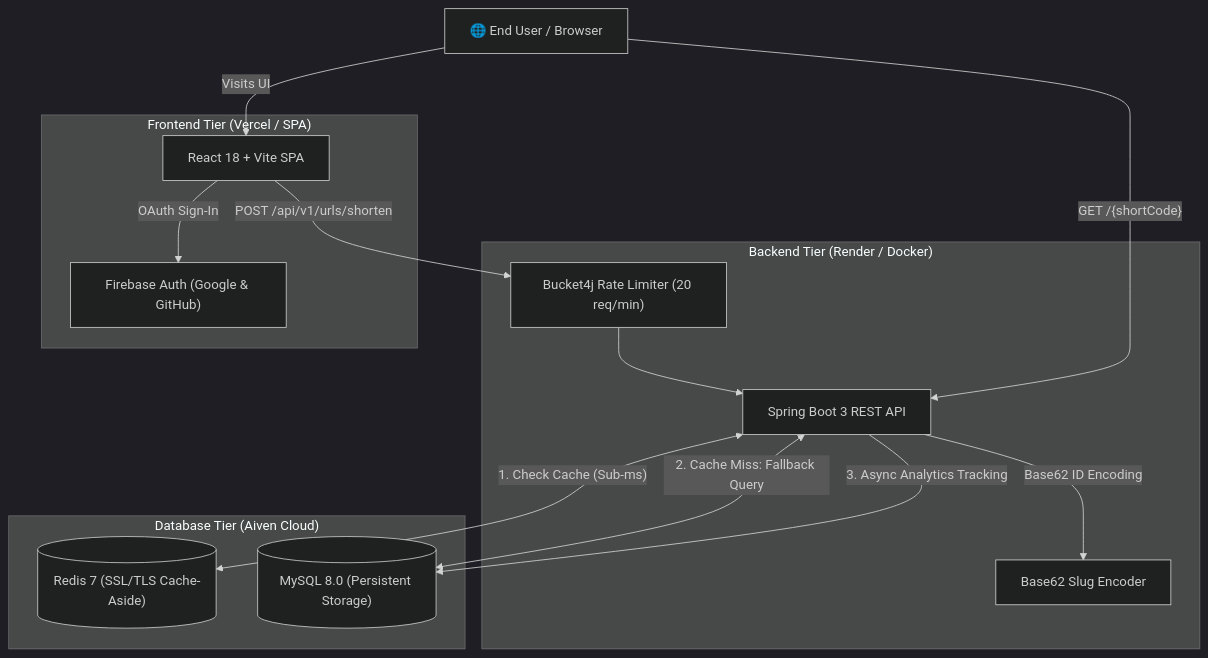
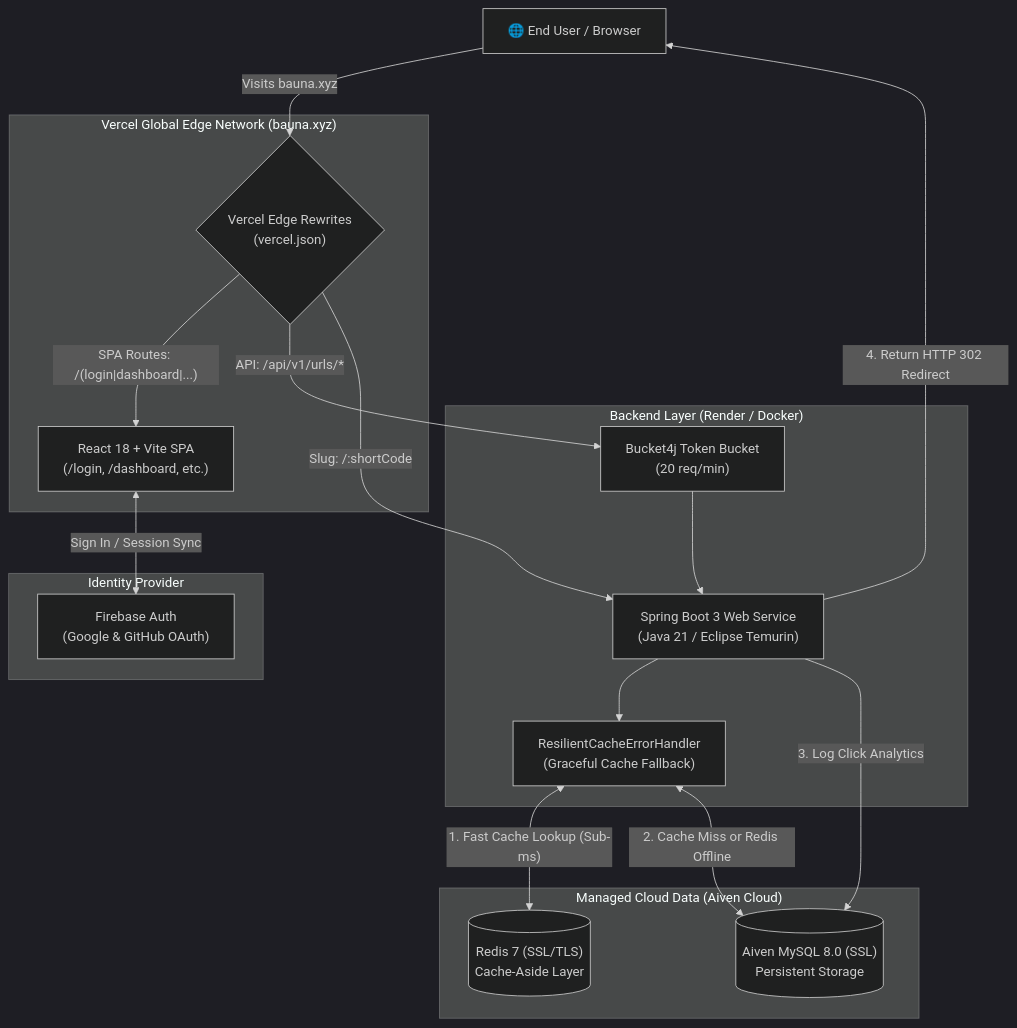
One commit to rishabhgjr10/Snaplink changed the diagram in README.md. Above: the diagram before and after it, drawn with Mermaid (dark theme). The commit also changed other lines of this file and 2 other files, not shown here.

Commit message:
docs: update README with live bauna.xyz production architecture, edge routing, and QR studio

````diff
--- a/README.md
+++ b/README.md
@@ -19,30 +59,37 @@
 ```mermaid
 flowchart TD
     User["🌐 End User / Browser"]
     
-    subgraph Frontend["Frontend Tier (Vercel / SPA)"]
-        ReactApp["React 18 + Vite SPA"]
-        FirebaseAuth["Firebase Auth (Google & GitHub)"]
-    end
-    
-    subgraph Backend["Backend Tier (Render / Docker)"]
-        SpringApp["Spring Boot 3 REST API"]
-        RateLimiter["Bucket4j Rate Limiter (20 req/min)"]
-        Base62["Base62 Slug Encoder"]
-    end
-    
-    subgraph Data["Database Tier (Aiven Cloud)"]
-        RedisCache[("Redis 7 (SSL/TLS Cache-Aside)")]
-        MySQLDB[("MySQL 8.0 (Persistent Storage)")]
+    subgraph Edge["Vercel Global Edge Network (bauna.xyz)"]
+        EdgeRouter{"Vercel Edge Rewrites\n(vercel.json)"}
+        ReactSPA["React 18 + Vite SPA\n(/login, /dashboard, etc.)"]
     end
 
-    User -->|"Visits UI"| ReactApp
-    ReactApp -->|"OAuth Sign-In"| FirebaseAuth
-    ReactApp -->|"POST /api/v1/urls/shorten"| RateLimiter --> SpringApp
-    User -->|"GET /{shortCode}"| SpringApp
+    subgraph Auth["Identity Provider"]
+        FirebaseAuth["Firebase Auth\n(Google & GitHub OAuth)"]
+    end
+
+    subgraph Backend["Backend Layer (Render / Docker)"]
+        SpringApp["Spring Boot 3 Web Service\n(Java 21 / Eclipse Temurin)"]
+        RateLimiter["Bucket4j Token Bucket\n(20 req/min)"]
+        ErrorHandler["ResilientCacheErrorHandler\n(Graceful Cache Fallback)"]
+    end
+
+    subgraph Storage["Managed Cloud Data (Aiven Cloud)"]
+        RedisCache[("Redis 7 (SSL/TLS)\nCache-Aside Layer")]
+        AivenMySQL[("Aiven MySQL 8.0 (SSL)\nPersistent Storage")]
+    end
+
+    User -->|"Visits bauna.xyz"| EdgeRouter
+    EdgeRouter -->|"SPA Routes: /(login|dashboard|...)"| ReactSPA
+    ReactSPA <-->|"Sign In / Session Sync"| FirebaseAuth
     
-    SpringApp <-->|"1. Check Cache (Sub-ms)"| RedisCache
-    SpringApp <-->|"2. Cache Miss: Fallback Query"| MySQLDB
-    SpringApp -->|"3. Async Analytics Tracking"| MySQLDB
-    SpringApp -->|"Base62 ID Encoding"| Base62
+    EdgeRouter -->|"API: /api/v1/urls/*"| RateLimiter --> SpringApp
+    EdgeRouter -->|"Slug: /:shortCode"| SpringApp
+
+    SpringApp --> ErrorHandler
+    ErrorHandler <-->|"1. Fast Cache Lookup (Sub-ms)"| RedisCache
+    ErrorHandler <-->|"2. Cache Miss or Redis Offline"| AivenMySQL
+    SpringApp -->|"3. Log Click Analytics"| AivenMySQL
+    SpringApp -->|"4. Return HTTP 302 Redirect"| User
 ```
````
